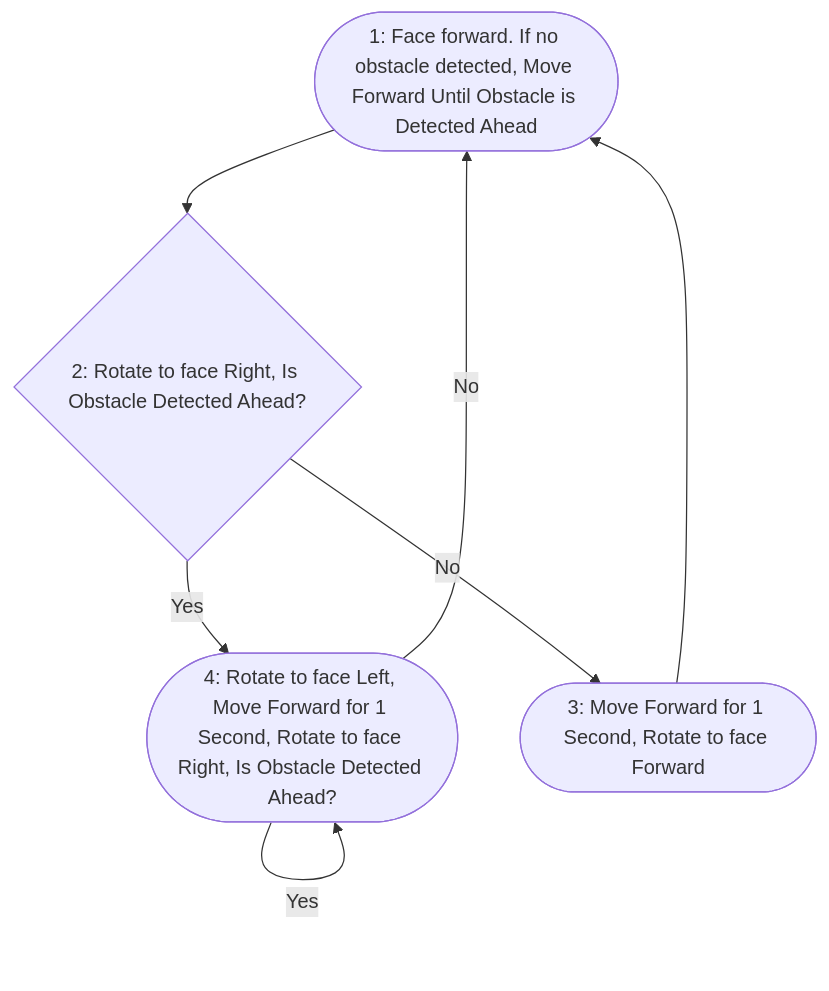
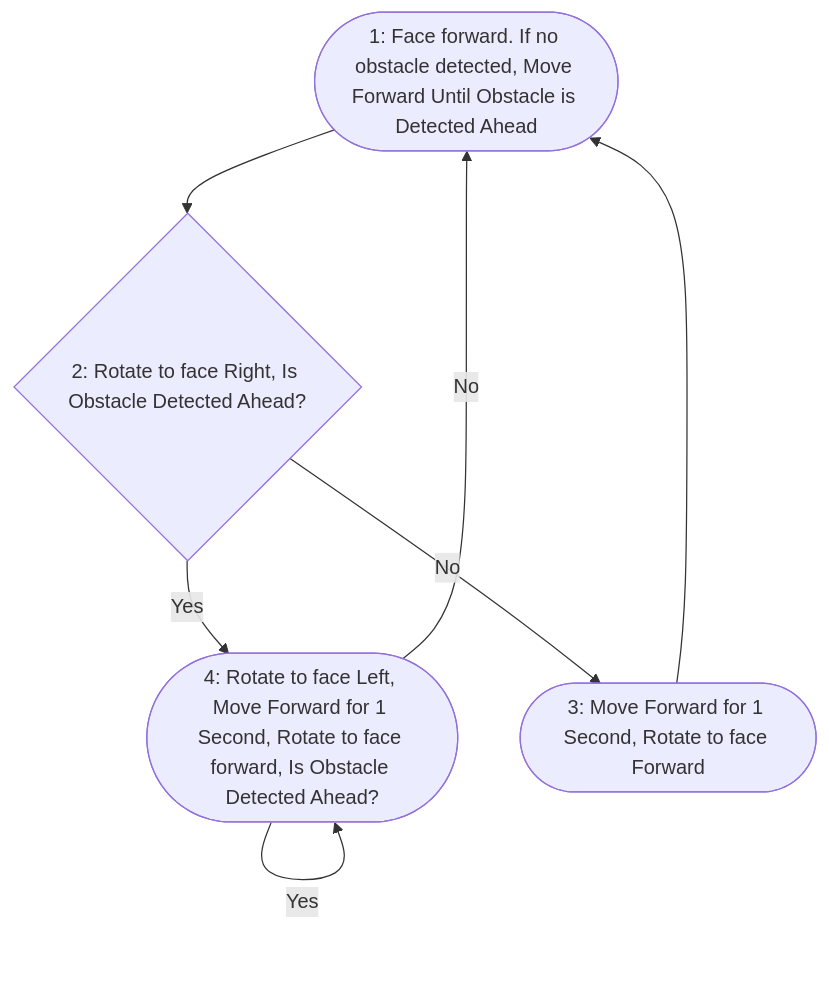
One commit to Amagerd1113/24FA_ENGR1000J_section3 changed the diagram in GAME_RULE.md. Above: the diagram before and after it, drawn with Mermaid.

````diff
--- a/GAME_RULE.md
+++ b/GAME_RULE.md
@@ -104,9 +104,9 @@
 ```mermaid
 graph TD
     A1([1: Face forward. If no obstacle detected, Move Forward Until Obstacle is Detected Ahead]) --> B1{2: Rotate to face Right, Is Obstacle Detected Ahead?}
-    B1 -- Yes --> C1([4: Rotate to face Left, Move Forward for 1 Second, Rotate to face Right, Is Obstacle Detected Ahead?])
+    B1 -- Yes --> C1([4: Rotate to face Left, Move Forward for 1 Second, Rotate to face forward, Is Obstacle Detected Ahead?])
     C1 -- Yes --> C1
     C1 -- No --> A1
     B1 -- No --> D1([3: Move Forward for 1 Second, Rotate to face Forward])
     D1 --> A1
 ```
````
